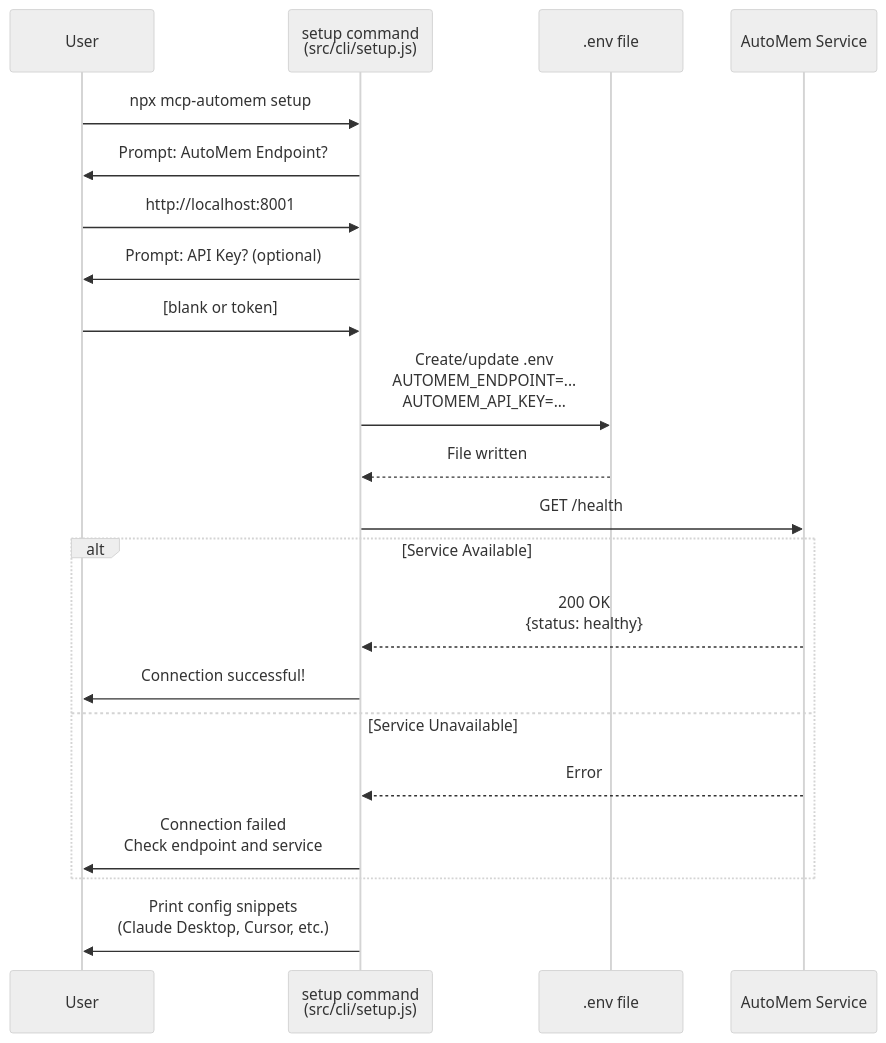
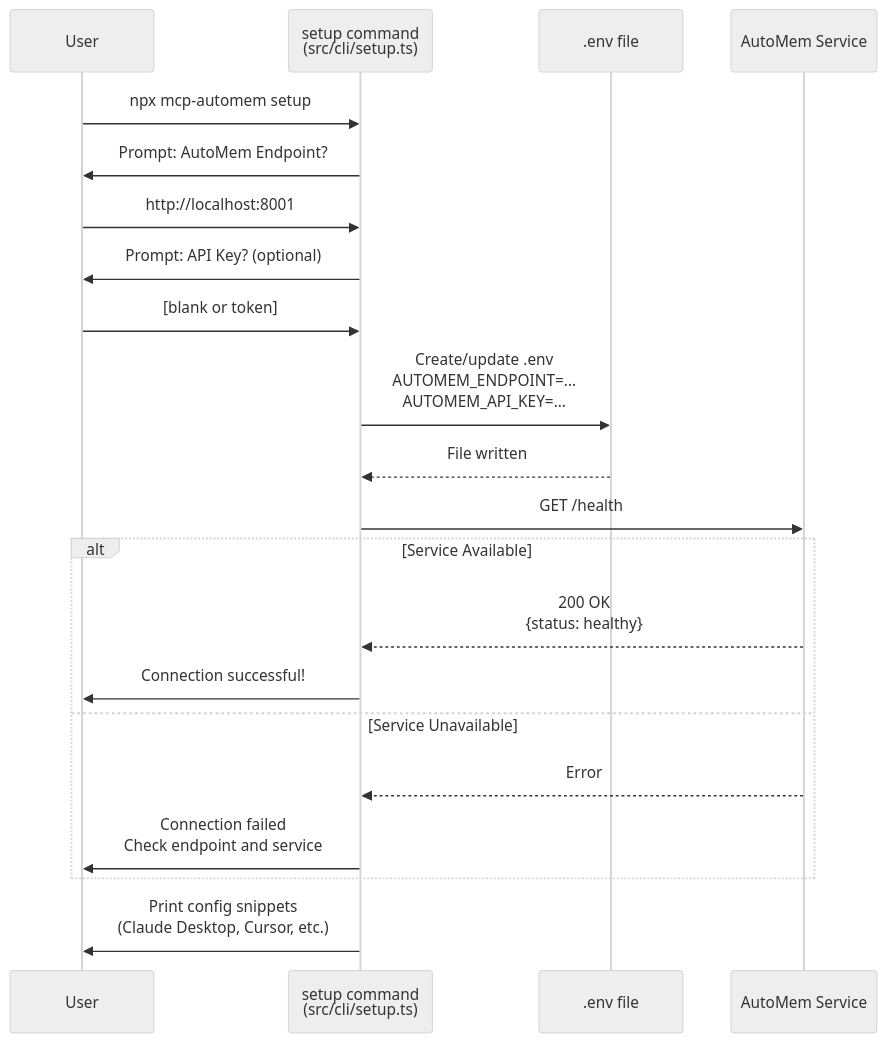
One commit to verygoodplugins/automem-website changed the fourth of 5 diagrams in src/content/docs/docs/getting-started/quick-start.md. Above: the diagram before and after it, drawn with Mermaid (neutral theme). The commit also changed 2 other files, not shown here.

Commit message:
docs: fix drift in quick-start, environment-variables, and cli/setup
- quick-start.md: correct setup CLI source path from setup.js to setup.ts
- environment-variables.md: fix RELATIONSHIP_TYPES count from 16 to 14
- cli/setup.md: replace FastAPI with Flask, fix Neo4j port 7474 → FalkorDB
  graph browser port 3000, correct setup source path to setup.ts (×2)

https://claude.ai/code/session_01Q7viKVaMLgYWDzknF2wpjg

````diff
--- a/src/content/docs/docs/getting-started/quick-start.md
+++ b/src/content/docs/docs/getting-started/quick-start.md
@@ -318,27 +318,27 @@
 ```mermaid
 sequenceDiagram
     participant User
-    participant CLI as setup command<br/>(src/cli/setup.js)
+    participant CLI as setup command<br/>(src/cli/setup.ts)
     participant ENV as .env file
     participant API as AutoMem Service
 
     User->>CLI: npx mcp-automem setup
     CLI->>User: Prompt: AutoMem Endpoint?
     User->>CLI: http://localhost:8001
     CLI->>User: Prompt: API Key? (optional)
     User->>CLI: [blank or token]
 
     CLI->>ENV: Create/update .env<br/>AUTOMEM_ENDPOINT=...<br/>AUTOMEM_API_KEY=...
     ENV-->>CLI: File written
 
     CLI->>API: GET /health
     alt Service Available
         API-->>CLI: 200 OK<br/>{status: healthy}
         CLI->>User: Connection successful!
     else Service Unavailable
         API-->>CLI: Error
         CLI->>User: Connection failed<br/>Check endpoint and service
     end
 
     CLI->>User: Print config snippets<br/>(Claude Desktop, Cursor, etc.)
 ```
````
